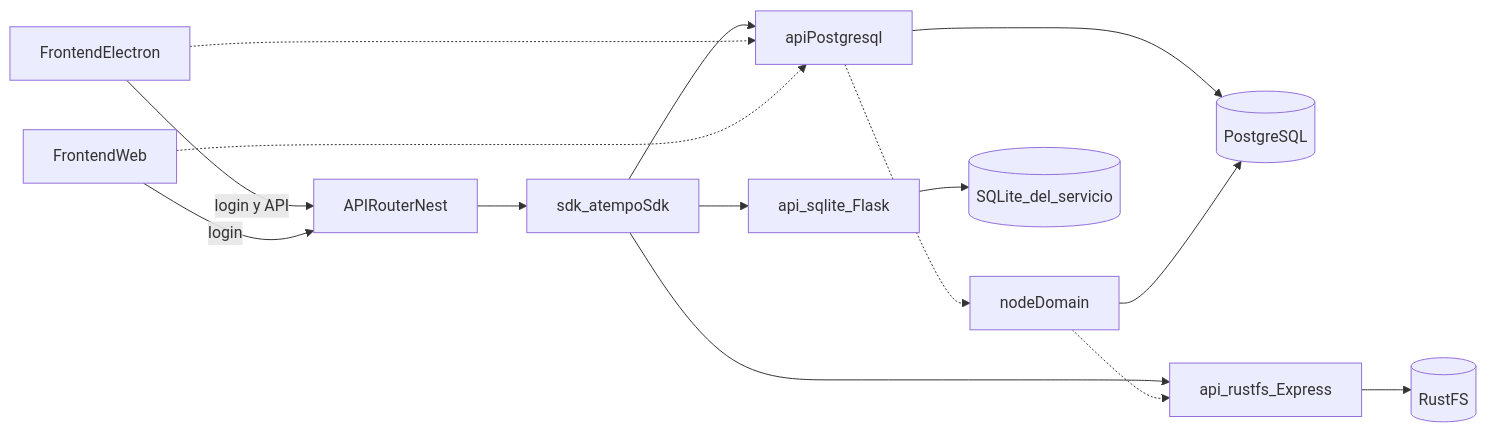
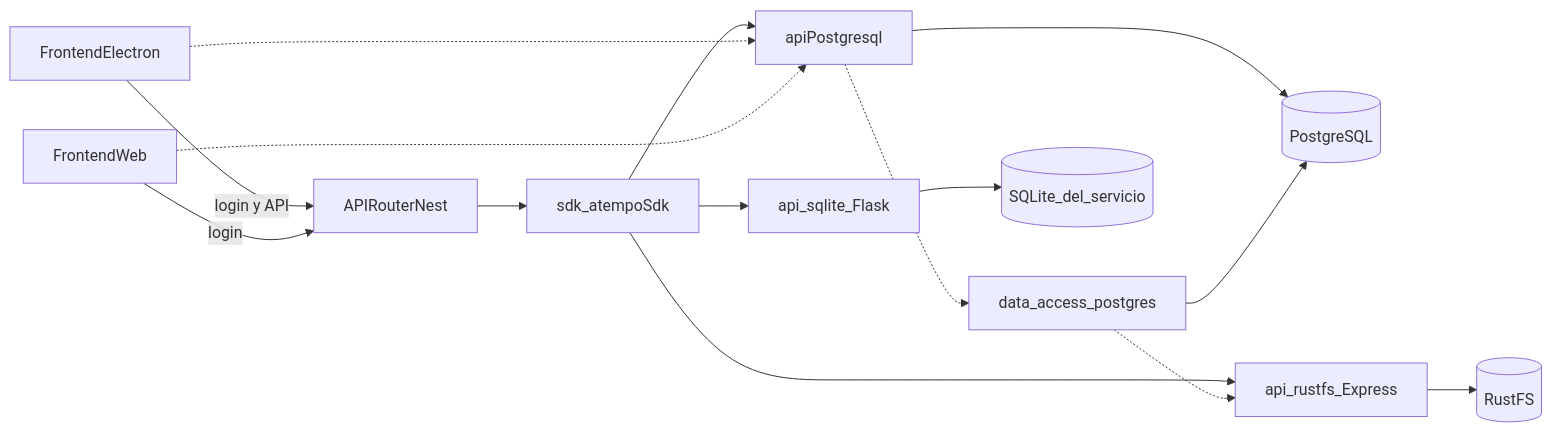
Before and after one commit to venturars/aTempo: the first of 2 diagrams in docs/ARCHITECTURE.md, drawn with Mermaid. The commit also changed other lines of this file and 92 other files, not shown here.

First line of the commit message:
refactor(data-access): rename data-access/node to data-access/postgres

````diff
--- a/docs/ARCHITECTURE.md
+++ b/docs/ARCHITECTURE.md
@@ -17,28 +17,28 @@
 ```mermaid
 flowchart LR
   electron[FrontendElectron]
   web[FrontendWeb]
   router[APIRouterNest]
   sdk[sdk_atempoSdk]
   apiPg[apiPostgresql]
-  nodeDomain[nodeDomain]
+  postgresDataAccess[data_access_postgres]
   postgres[(PostgreSQL)]
   sqliteApi[api_sqlite_Flask]
   serviceSqlite[(SQLite_del_servicio)]
   objectApi[api_rustfs_Express]
   rustfs[(RustFS)]
   electron -->|login y API| router
   web -->|login| router
   router --> sdk
   sdk --> apiPg
   sdk --> sqliteApi
   sdk --> objectApi
   apiPg --> postgres
   electron -.-> apiPg
   web -.-> apiPg
-  apiPg -.-> nodeDomain
-  nodeDomain --> postgres
+  apiPg -.-> postgresDataAccess
+  postgresDataAccess --> postgres
   sqliteApi --> serviceSqlite
-  nodeDomain -.-> objectApi
+  postgresDataAccess -.-> objectApi
   objectApi --> rustfs
 ```
````
